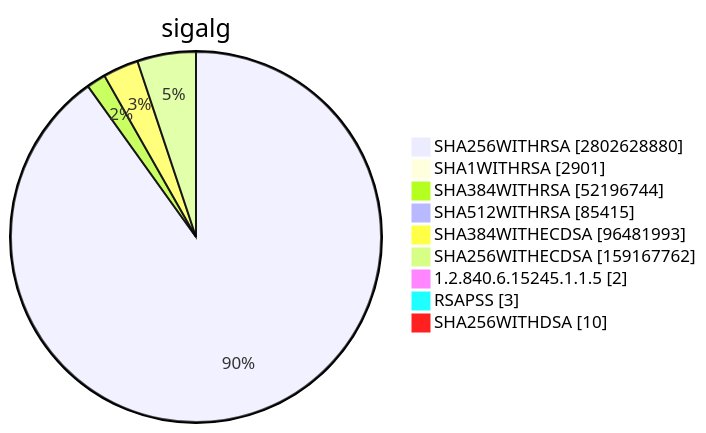
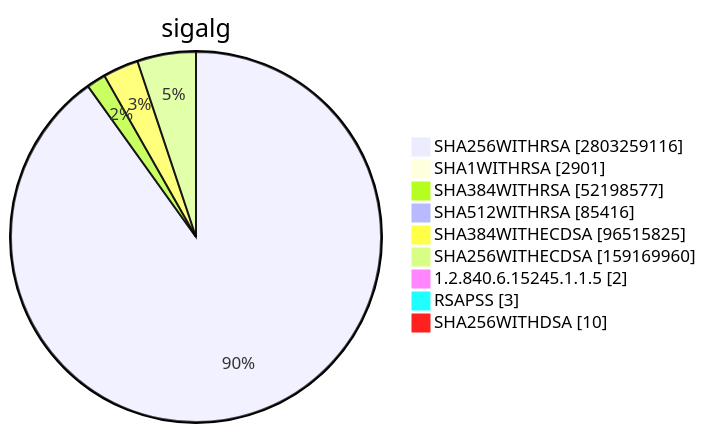
Diagram 15 of 15 in TOTAL/README.md (christiankrug/ctmonitor_visualization), drawn with Mermaid before and after one commit. The commit also changed other lines of this file, not shown here.

````diff
--- a/TOTAL/README.md
+++ b/TOTAL/README.md
@@ -6205,13 +6205,13 @@
 ```mermaid
 pie showData
 title sigalg
-"SHA256WITHRSA" :2802628880
+"SHA256WITHRSA" :2803259116
 "SHA1WITHRSA" :2901
-"SHA384WITHRSA" :52196744
-"SHA512WITHRSA" :85415
-"SHA384WITHECDSA" :96481993
-"SHA256WITHECDSA" :159167762
+"SHA384WITHRSA" :52198577
+"SHA512WITHRSA" :85416
+"SHA384WITHECDSA" :96515825
+"SHA256WITHECDSA" :159169960
 "1.2.840.6.15245.1.1.5" :2
 "RSAPSS" :3
 "SHA256WITHDSA" :10
 ```
````
